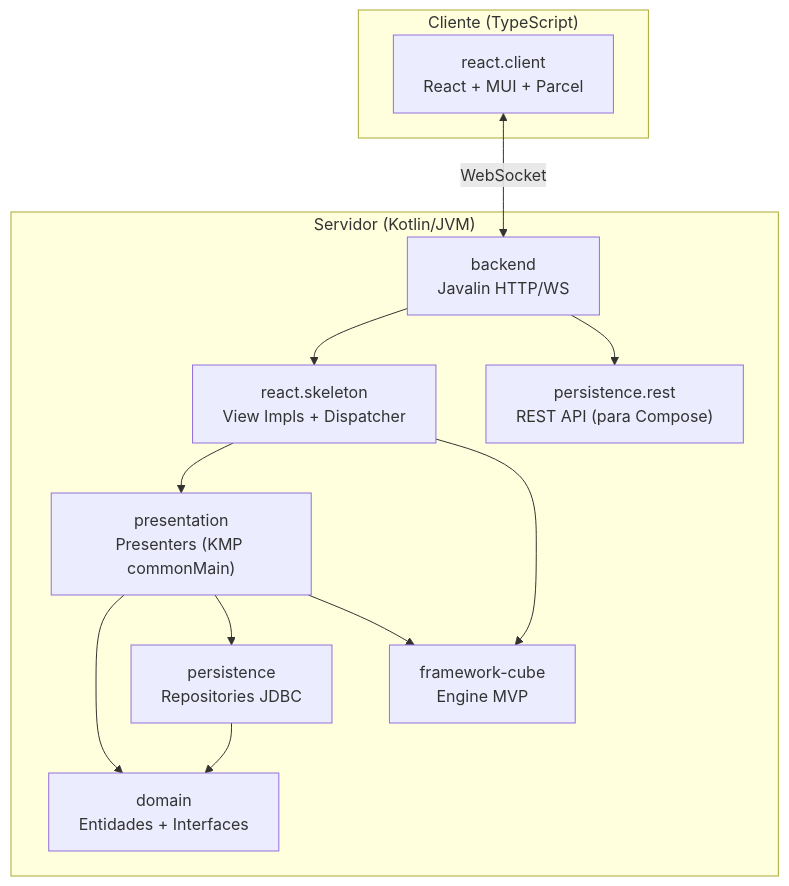
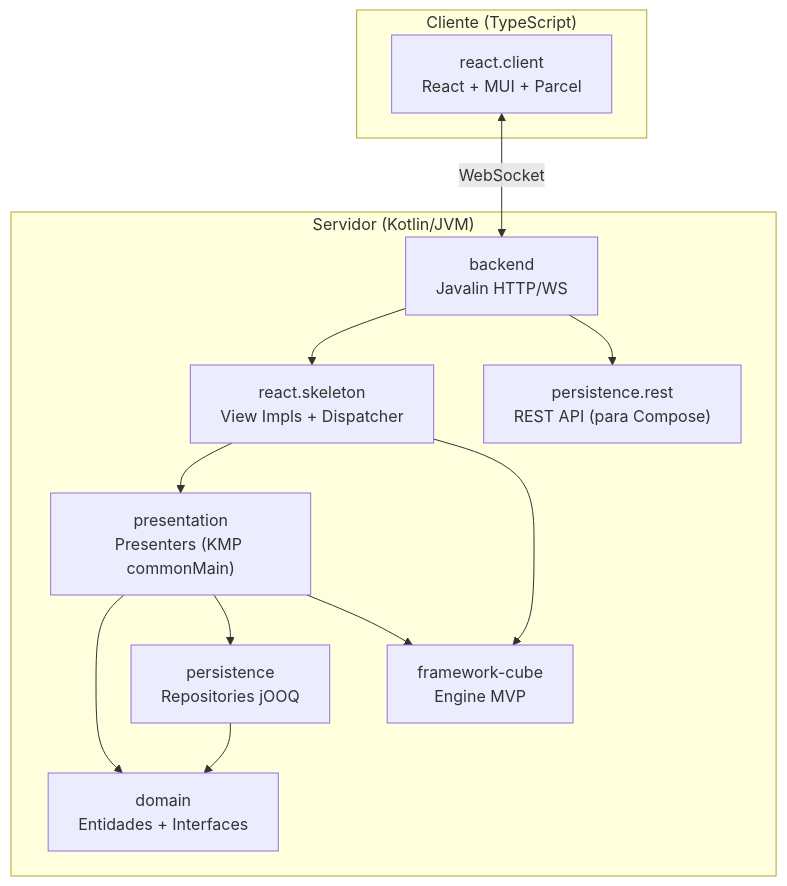
Before and after one commit to mrcdom/wdc-cube-kotlin: the third of 9 diagrams in docs/architecture-react.md, drawn with Mermaid. The commit also changed other lines of this file and 17 other files, not shown here.

````diff
--- a/docs/architecture-react.md
+++ b/docs/architecture-react.md
@@ -87,26 +87,26 @@
 ```mermaid
 graph TB
     subgraph "Cliente (TypeScript)"
         RC["react.client<br/>React + MUI + Parcel"]
     end
 
     subgraph "Servidor (Kotlin/JVM)"
         BACK["backend<br/>Javalin HTTP/WS"]
         SKEL["react.skeleton<br/>View Impls + Dispatcher"]
         PRES["presentation<br/>Presenters (KMP commonMain)"]
-        PERS["persistence<br/>Repositories JDBC"]
+        PERS["persistence<br/>Repositories jOOQ"]
         PERSR["persistence.rest<br/>REST API (para Compose)"]
         DOM["domain<br/>Entidades + Interfaces"]
         CUBE["framework-cube<br/>Engine MVP"]
     end
 
     RC <-->|WebSocket| BACK
     BACK --> SKEL
     BACK --> PERSR
     SKEL --> PRES
     PRES --> DOM
     PRES --> PERS
     PERS --> DOM
     SKEL --> CUBE
     PRES --> CUBE
 ```
````
